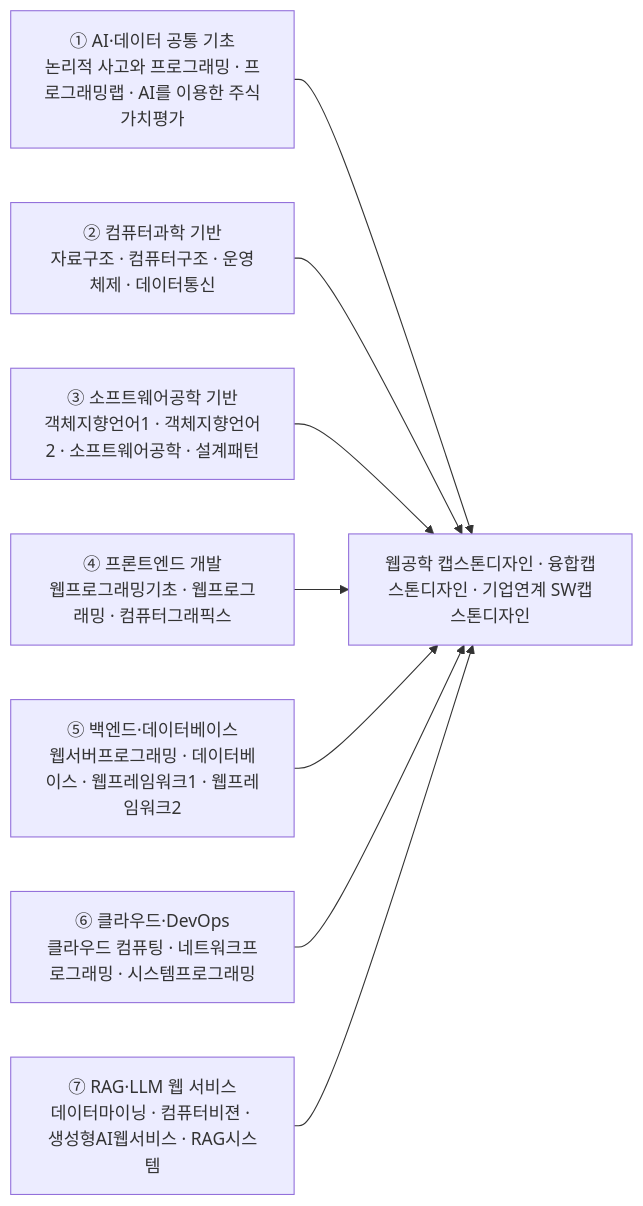
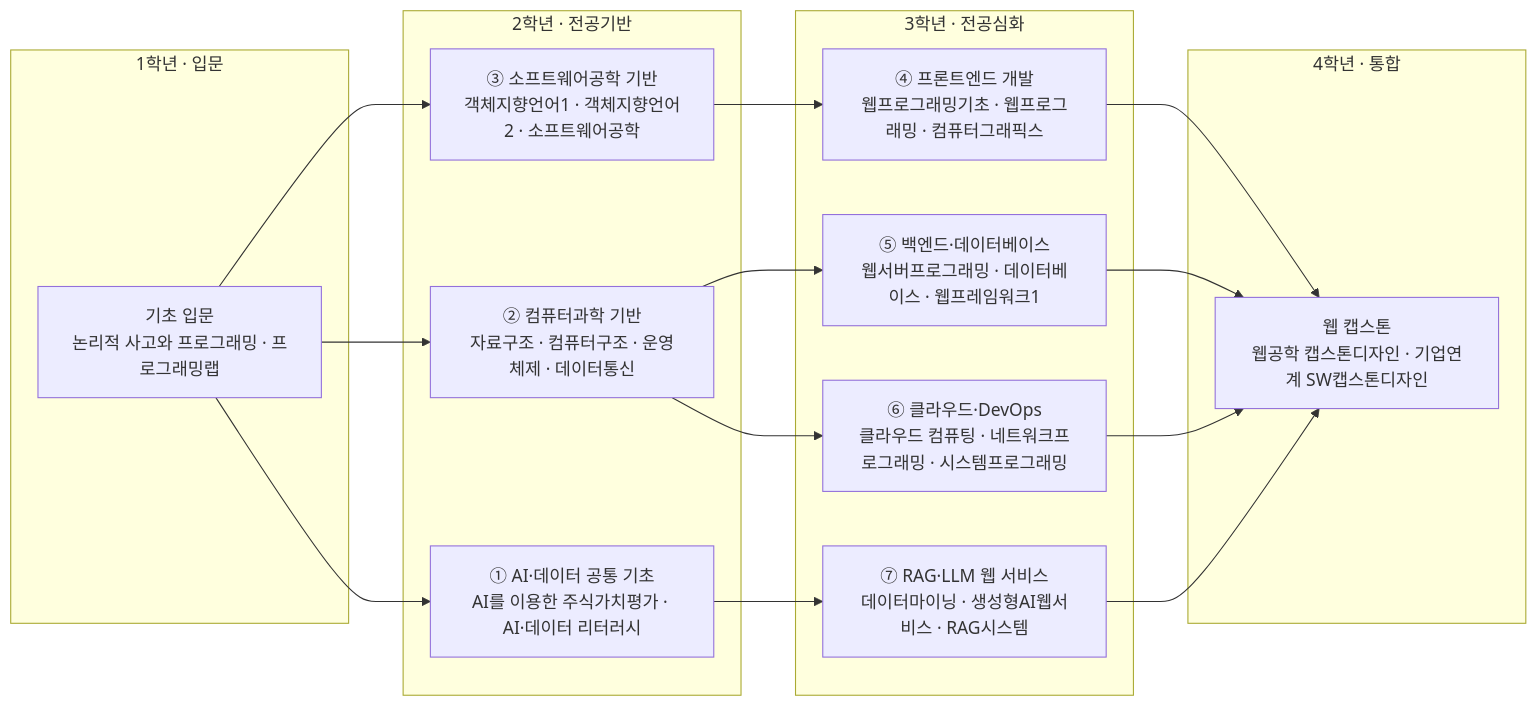
The diagram in docs/it/web-engineering.md (parclab-hsu/ai-curriculum-2026), drawn with Mermaid before and after one commit. The commit also changed other lines of this file and 22 other files, not shown here.

First line of the commit message:
모듈 다이어그램 강화 — 1~4학년 로드맵 + 모듈-역량 매핑 (23개 트랙)

````diff
--- a/docs/it/web-engineering.md
+++ b/docs/it/web-engineering.md
@@ -137,11 +137,31 @@
 ```mermaid
 flowchart LR
-  M1["① AI·데이터 공통 기초<br/>논리적 사고와 프로그래밍 · 프로그래밍랩 · AI를 이용한 주식가치평가"] --> CAP
-  M2["② 컴퓨터과학 기반<br/>자료구조 · 컴퓨터구조 · 운영체제 · 데이터통신"] --> CAP
-  M3["③ 소프트웨어공학 기반<br/>객체지향언어1 · 객체지향언어2 · 소프트웨어공학 · 설계패턴"] --> CAP
-  M4["④ 프론트엔드 개발<br/>웹프로그래밍기초 · 웹프로그래밍 · 컴퓨터그래픽스"] --> CAP
-  M5["⑤ 백엔드·데이터베이스<br/>웹서버프로그래밍 · 데이터베이스 · 웹프레임워크1 · 웹프레임워크2"] --> CAP
-  M6["⑥ 클라우드·DevOps<br/>클라우드 컴퓨팅 · 네트워크프로그래밍 · 시스템프로그래밍"] --> CAP
-  M7["⑦ RAG·LLM 웹 서비스<br/>데이터마이닝 · 컴퓨터비젼 · 생성형AI웹서비스 · RAG시스템"] --> CAP
-  CAP["웹공학 캡스톤디자인 · 융합캡스톤디자인 · 기업연계 SW캡스톤디자인"]
+  subgraph Y1["1학년 · 입문"]
+    A0["기초 입문<br/>논리적 사고와 프로그래밍 · 프로그래밍랩"]
+  end
+  subgraph Y2["2학년 · 전공기반"]
+    M1["① AI·데이터 공통 기초<br/>AI를 이용한 주식가치평가 · AI·데이터 리터러시"]
+    M2["② 컴퓨터과학 기반<br/>자료구조 · 컴퓨터구조 · 운영체제 · 데이터통신"]
+    M3["③ 소프트웨어공학 기반<br/>객체지향언어1 · 객체지향언어2 · 소프트웨어공학"]
+  end
+  subgraph Y3["3학년 · 전공심화"]
+    M4["④ 프론트엔드 개발<br/>웹프로그래밍기초 · 웹프로그래밍 · 컴퓨터그래픽스"]
+    M5["⑤ 백엔드·데이터베이스<br/>웹서버프로그래밍 · 데이터베이스 · 웹프레임워크1"]
+    M6["⑥ 클라우드·DevOps<br/>클라우드 컴퓨팅 · 네트워크프로그래밍 · 시스템프로그래밍"]
+    M7["⑦ RAG·LLM 웹 서비스<br/>데이터마이닝 · 생성형AI웹서비스 · RAG시스템"]
+  end
+  subgraph Y4["4학년 · 통합"]
+    CAP["웹 캡스톤<br/>웹공학 캡스톤디자인 · 기업연계 SW캡스톤디자인"]
+  end
+  A0 --> M1
+  A0 --> M2
+  A0 --> M3
+  M1 --> M7
+  M3 --> M4
+  M2 --> M5
+  M2 --> M6
+  M4 --> CAP
+  M5 --> CAP
+  M6 --> CAP
+  M7 --> CAP
 ```
````
